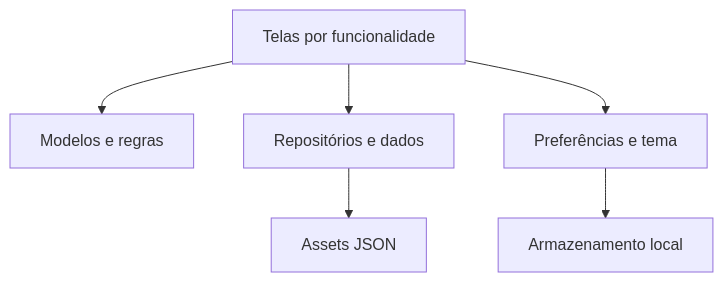
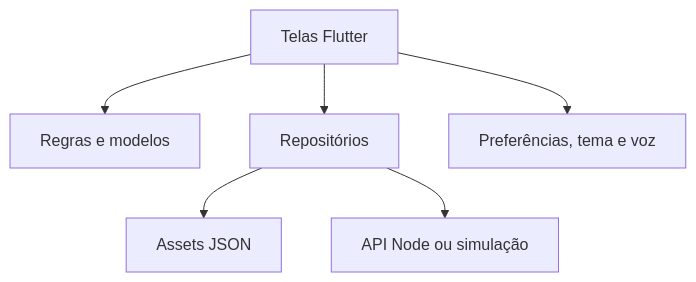
One commit to luisacastro-max/Charmander changed the diagram in docs/documentacao-tecnica.md. Above: the diagram before and after it, drawn with Mermaid. The commit also changed other lines of this file and 12 other files, not shown here.

````diff
--- a/docs/documentacao-tecnica.md
+++ b/docs/documentacao-tecnica.md
@@ -52,8 +36,8 @@
 ```mermaid
 flowchart TD
-    A["Telas por funcionalidade"] --> B["Modelos e regras"]
-    A --> C["Repositórios e dados"]
+    A["Telas Flutter"] --> B["Regras e modelos"]
+    A --> C["Repositórios"]
     C --> D["Assets JSON"]
-    A --> E["Preferências e tema"]
-    E --> F["Armazenamento local"]
+    C --> E["API Node ou simulação"]
+    A --> F["Preferências, tema e voz"]
 ```
````
